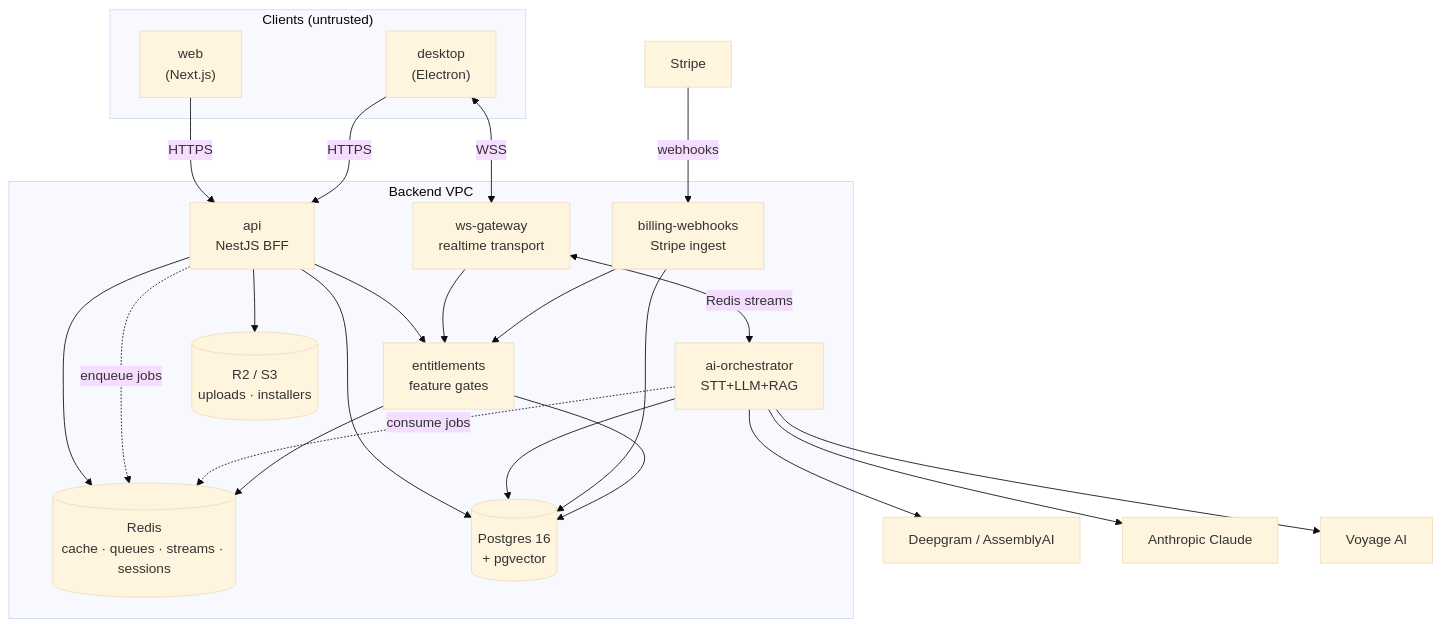
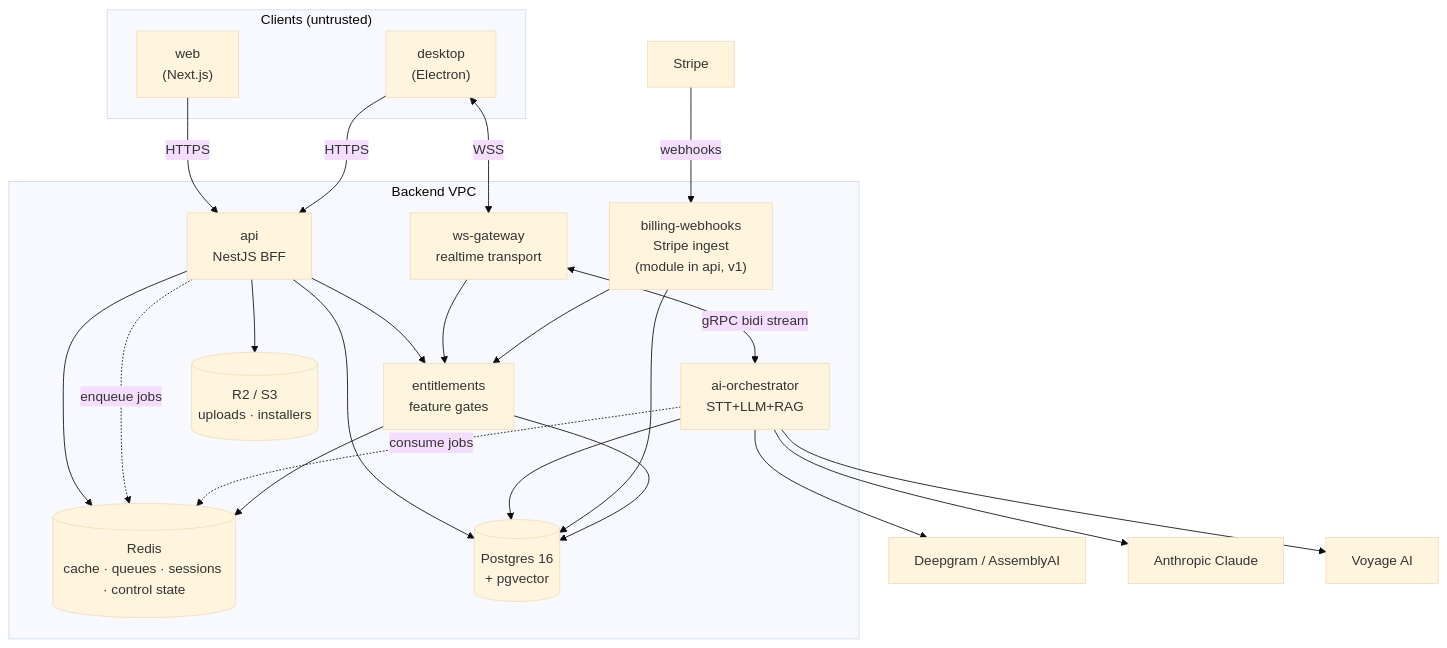
The first of 5 diagrams in docs/20-backend-services.md (DarwinCamahalan/meeting-note-taker-ai), drawn with Mermaid (base theme) before and after one commit. The commit also changed other lines of this file and 11 other files, not shown here.

````diff
--- a/docs/20-backend-services.md
+++ b/docs/20-backend-services.md
@@ -35,48 +35,48 @@
 ```mermaid
 flowchart TB
     subgraph clients["Clients (untrusted)"]
         desktop["desktop<br/>(Electron)"]
         web["web<br/>(Next.js)"]
     end
 
     subgraph vpc["Backend VPC"]
         api["api<br/>NestJS BFF"]
         ws["ws-gateway<br/>realtime transport"]
         ai["ai-orchestrator<br/>STT+LLM+RAG"]
         ent["entitlements<br/>feature gates"]
-        bw["billing-webhooks<br/>Stripe ingest"]
+        bw["billing-webhooks<br/>Stripe ingest<br/>(module in api, v1)"]
 
-        redis[("Redis<br/>cache · queues · streams · sessions")]
+        redis[("Redis<br/>cache · queues · sessions · control state")]
         pg[("Postgres 16<br/>+ pgvector")]
         r2[("R2 / S3<br/>uploads · installers")]
     end
 
     stripe["Stripe"]
     stt["Deepgram / AssemblyAI"]
     claude["Anthropic Claude"]
     voyage["Voyage AI"]
 
     web -->|HTTPS| api
     desktop -->|HTTPS| api
     desktop <-->|WSS| ws
 
     api --> ent
     api --> pg
     api --> redis
     api --> r2
     api -. "enqueue jobs" .-> redis
 
-    ws <-->|Redis streams| ai
+    ws <-->|gRPC bidi stream| ai
     ws --> ent
     ai --> stt
     ai --> claude
     ai --> voyage
     ai --> pg
     ai -. "consume jobs" .-> redis
 
     stripe -->|webhooks| bw
     bw --> ent
     bw --> pg
     ent --> redis
     ent --> pg
 ```
````
